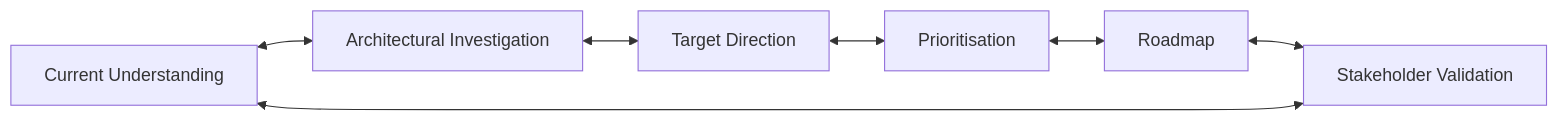
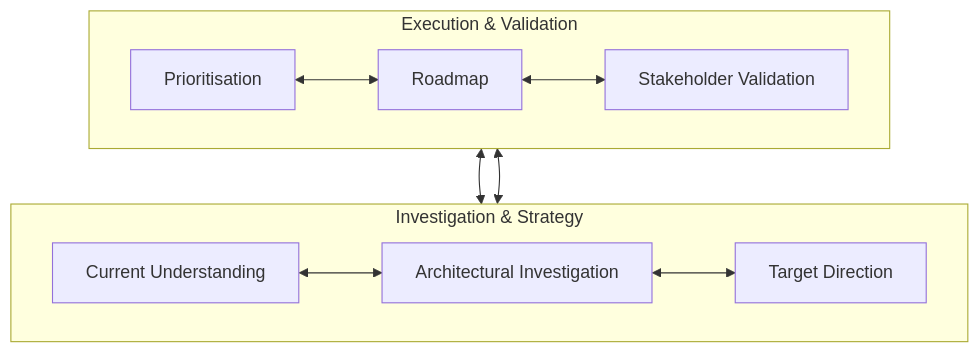
One commit to avfranco-br/portfolio changed diagram 11 of 24 in docs/sop/methods/architecture-assessment-and-roadmap.md. Above: the diagram before and after it, drawn with Mermaid. The commit also changed other lines of this file and 10 other files, not shown here.

Commit message:
Refactor Mermaid diagrams across SOP and methods documentation for legibility

````diff
--- a/docs/sop/methods/architecture-assessment-and-roadmap.md
+++ b/docs/sop/methods/architecture-assessment-and-roadmap.md
@@ -888,15 +941,17 @@
 ```mermaid
-flowchart LR
-    A["Current Understanding"]
-    B["Architectural Investigation"]
-    C["Target Direction"]
-    D["Prioritisation"]
-    E["Roadmap"]
-    F["Stakeholder Validation"]
-    A <--> B
-    B <--> C
+flowchart TD
+    subgraph Tier1["Investigation & Strategy"]
+        direction LR
+        A["Current Understanding"] <--> B["Architectural Investigation"]
+        B <--> C["Target Direction"]
+    end
+
+    subgraph Tier2["Execution & Validation"]
+        direction LR
+        D["Prioritisation"] <--> E["Roadmap"]
+        E <--> F["Stakeholder Validation"]
+    end
+
     C <--> D
-    D <--> E
-    E <--> F
     F <--> A
 ```
````
